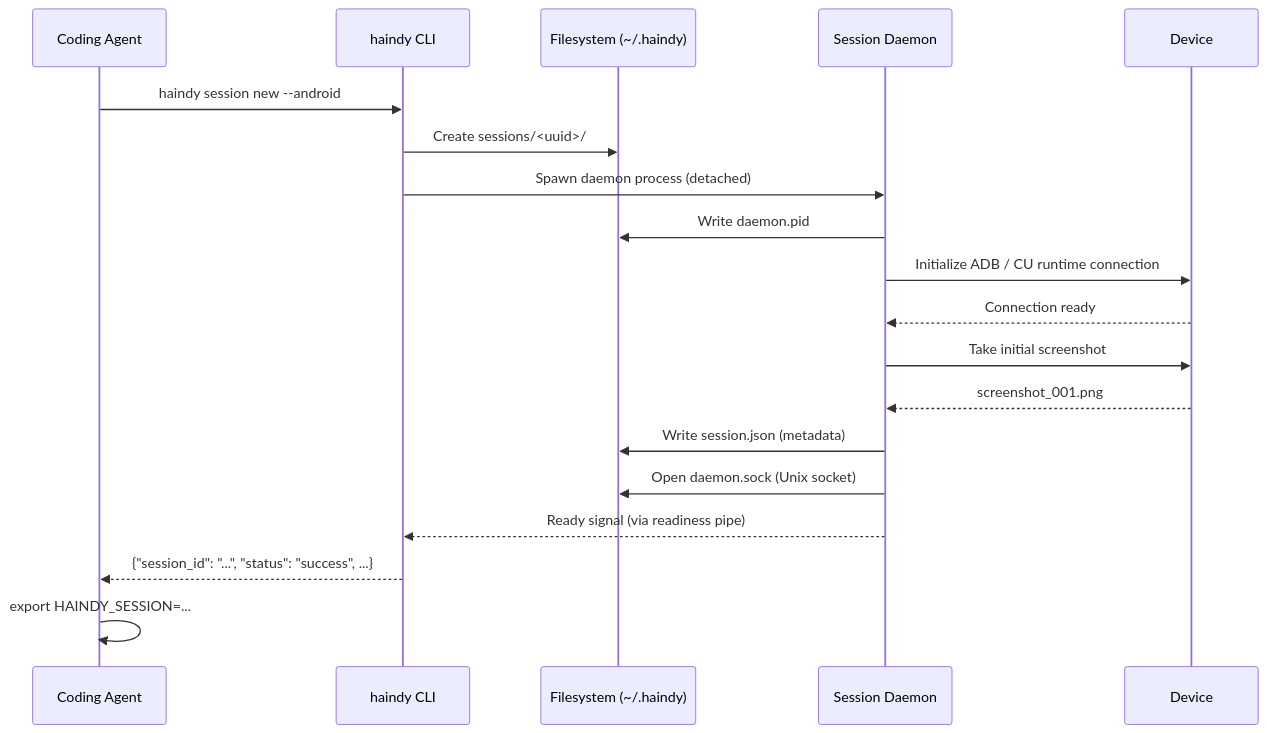
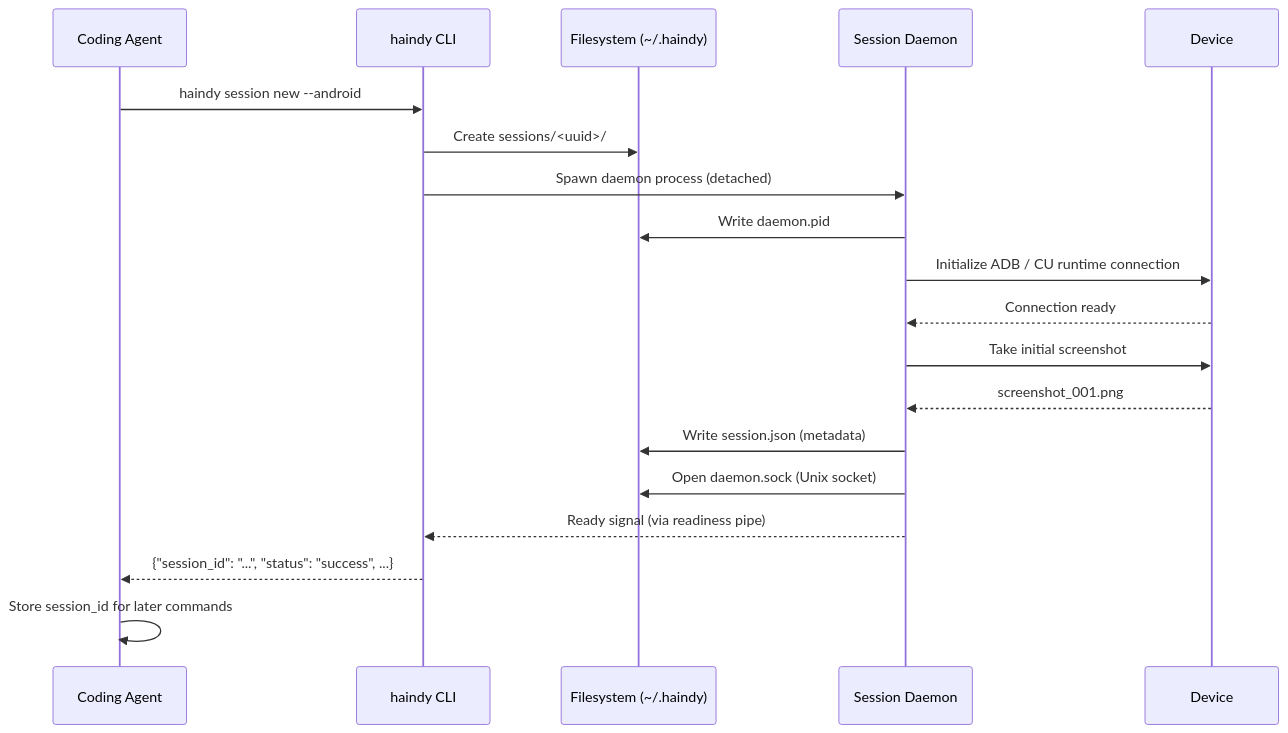
One commit to Haindy/haindy changed the second of 4 diagrams in docs/design/tool-call-mode/SESSION_DAEMON.md. Above: the diagram before and after it, drawn with Mermaid. The commit also changed other lines of this file and 3 other files, not shown here.

````diff
--- a/docs/design/tool-call-mode/SESSION_DAEMON.md
+++ b/docs/design/tool-call-mode/SESSION_DAEMON.md
@@ -41,22 +41,22 @@
 ```mermaid
 sequenceDiagram
     participant CA as Coding Agent
     participant CLI as haindy CLI
     participant FS as Filesystem (~/.haindy)
     participant D as Session Daemon
     participant DEV as Device
 
     CA->>CLI: haindy session new --android
     CLI->>FS: Create sessions/<uuid>/
     CLI->>D: Spawn daemon process (detached)
     D->>FS: Write daemon.pid
     D->>DEV: Initialize ADB / CU runtime connection
     DEV-->>D: Connection ready
     D->>DEV: Take initial screenshot
     DEV-->>D: screenshot_001.png
     D->>FS: Write session.json (metadata)
     D->>FS: Open daemon.sock (Unix socket)
     D-->>CLI: Ready signal (via readiness pipe)
     CLI-->>CA: {"session_id": "...", "status": "success", ...}
-    CA->>CA: export HAINDY_SESSION=...
+    CA->>CA: Store session_id for later commands
 ```
````
